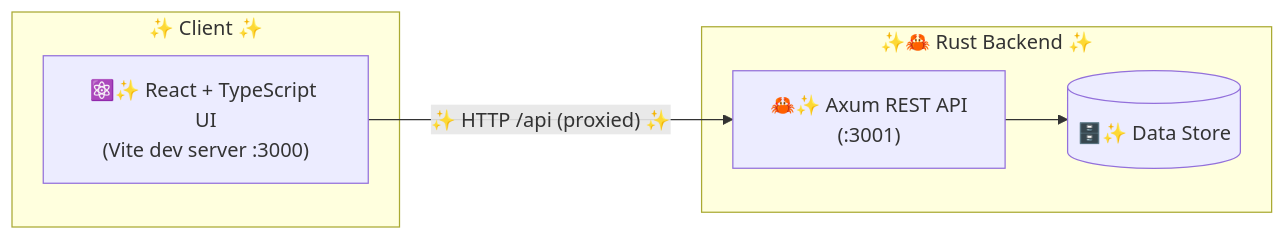
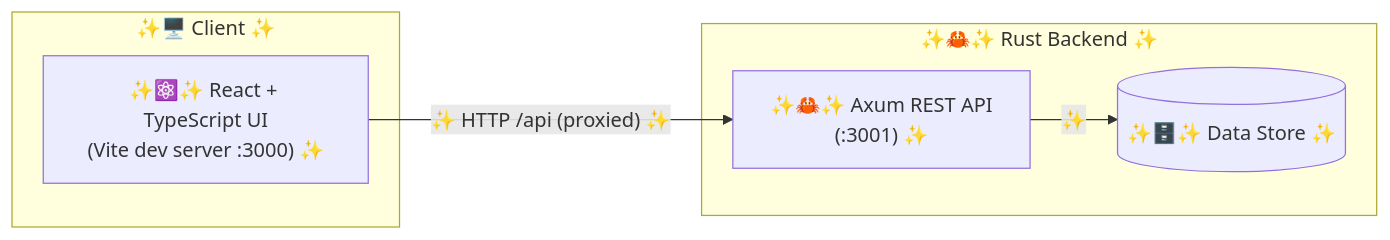
Before and after one commit to leachj/test: the first of 2 diagrams in README.md, drawn with Mermaid. The commit also changed other lines of this file, not shown here.

Commit message:
docs: sparkle up the diagrams even more

````diff
--- a/README.md
+++ b/README.md
@@ -19,14 +19,14 @@
 ```mermaid
 flowchart LR
-    subgraph Client["✨ Client ✨"]
-        UI["⚛️✨ React + TypeScript UI\n(Vite dev server :3000)"]
+    subgraph Client["✨🖥️ Client ✨"]
+        UI["✨⚛️✨ React + TypeScript UI\n(Vite dev server :3000) ✨"]
     end
 
-    subgraph Server["✨🦀 Rust Backend ✨"]
-        API["🦀✨ Axum REST API\n(:3001)"]
-        DB[("🗄️✨ Data Store")]
-        API --> DB
+    subgraph Server["✨🦀✨ Rust Backend ✨"]
+        API["✨🦀✨ Axum REST API\n(:3001) ✨"]
+        DB[("✨🗄️✨ Data Store ✨")]
+        API -- "✨" --> DB
     end
 
     UI -- "✨ HTTP /api (proxied) ✨" --> API
 ```
````
